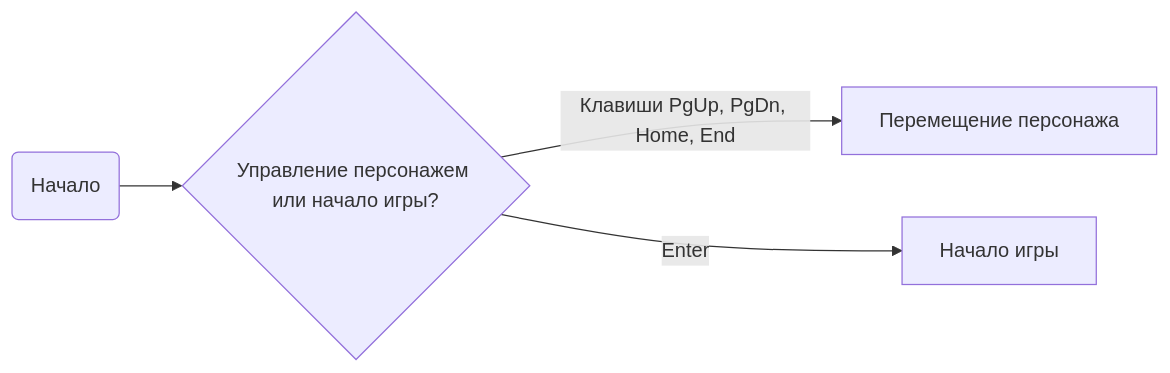
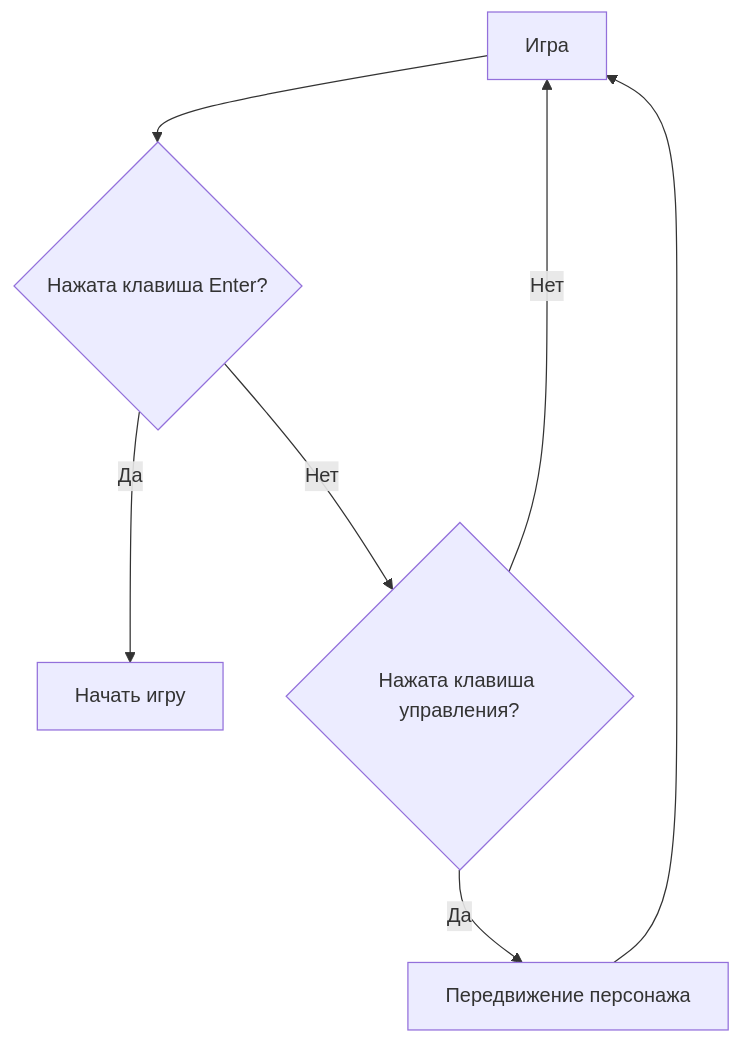
One commit to ArinaTolpa/Lab1.2 changed the first of 3 diagrams in docs/functions.md. Above: the diagram before and after it, drawn with Mermaid. The commit also changed other lines of this file, not shown here.

````diff
--- a/docs/functions.md
+++ b/docs/functions.md
@@ -18,6 +18,9 @@
 ```mermaid
-graph LR
-    A(Начало) --> B{Управление персонажем или начало игры?}
-    B -->|Клавиши PgUp, PgDn, Home, End| C[Перемещение персонажа]
-    B -->|Enter| D[Начало игры]
+graph TD
+    A[Игра] --> B{Нажата клавиша Enter?}
+    B -- Да --> C[Начать игру]
+    B -- Нет --> D{Нажата клавиша управления?}
+    D -- Да --> E[Передвижение персонажа]
+    E --> A
+    D -- Нет --> A
 ```
````
